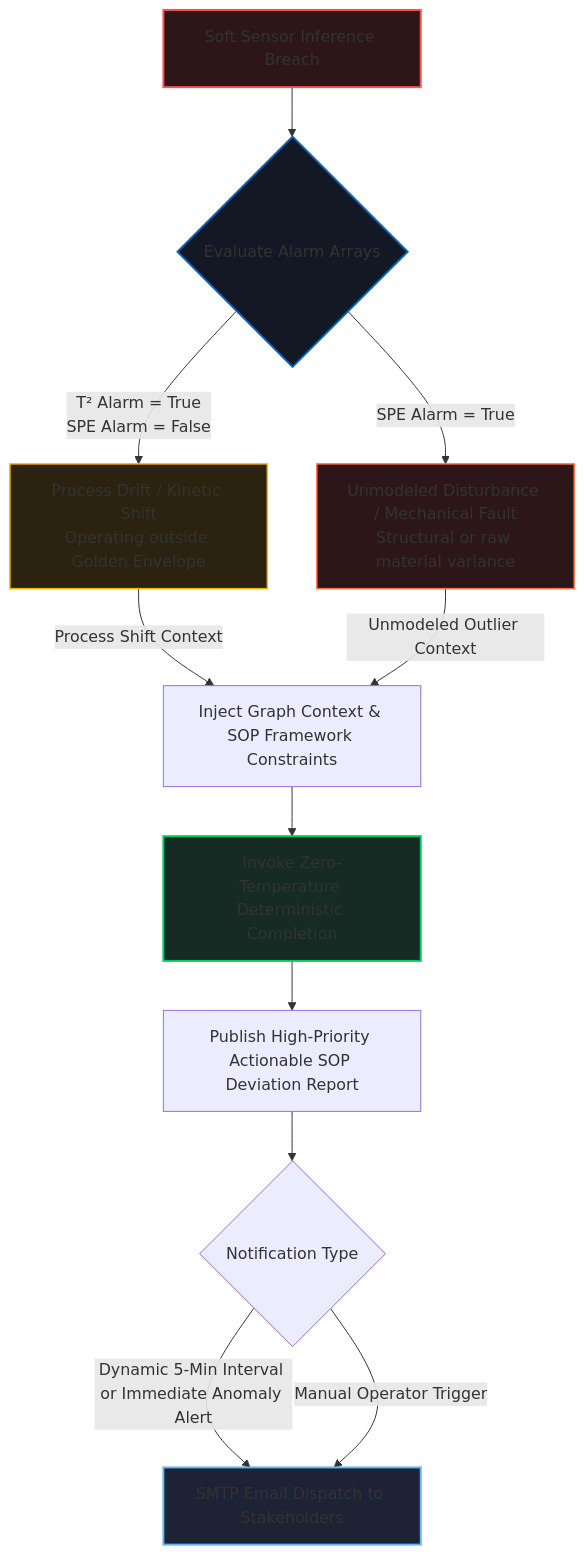
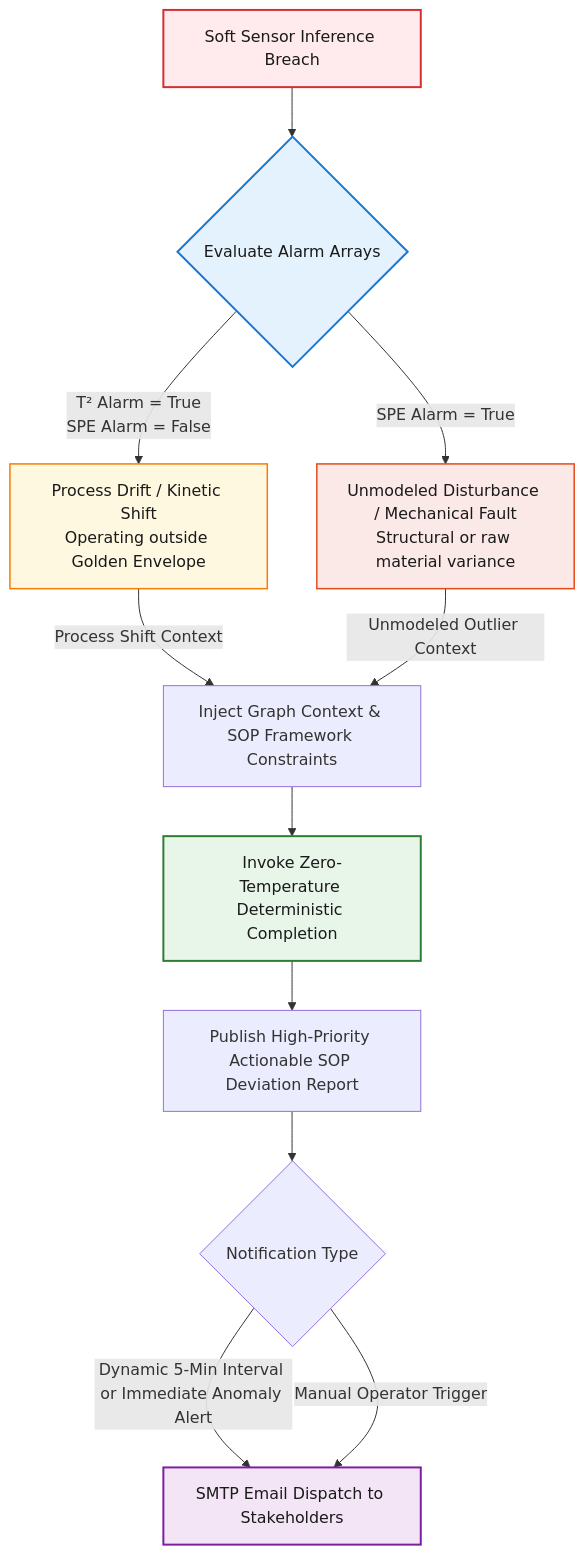
The second of 2 diagrams in README.md (SRINIVASTA/bio-twin-mitt-core), drawn with Mermaid before and after one commit. The commit also changed other lines of this file, not shown here.

````diff
--- a/README.md
+++ b/README.md
@@ -70,24 +70,24 @@
 ```mermaid
 flowchart TD
     Start[Soft Sensor Inference Breach] --> Anomaly_Evaluation{Evaluate Alarm Arrays}
     
     Anomaly_Evaluation -->|T² Alarm = True <br> SPE Alarm = False| Shift[Process Drift / Kinetic Shift<br>Operating outside Golden Envelope]
     Anomaly_Evaluation -->|SPE Alarm = True| Outlier[Unmodeled Disturbance / Mechanical Fault<br>Structural or raw material variance]
     
     Shift -->|Process Shift Context| System_Prompt[Inject Graph Context & SOP Framework Constraints]
     Outlier -->|Unmodeled Outlier Context| System_Prompt
     
     System_Prompt --> Groq_Inference[Invoke Zero-Temperature Deterministic Completion]
     Groq_Inference --> Markdown_Report[Publish High-Priority Actionable SOP Deviation Report]
     Markdown_Report --> Notification_Gateway{Notification Type}
     Notification_Gateway -->|Dynamic 5-Min Interval or Immediate Anomaly Alert| Email[SMTP Email Dispatch to Stakeholders]
     Notification_Gateway -->|Manual Operator Trigger| Email
 
-    %% Matching Dark-Theme Node Styling
-    style Start fill:#2c1618,stroke:#ff5252,stroke-width:2px
-    style Anomaly_Evaluation fill:#141724,stroke:#0066CC,stroke-width:2px
-    style Shift fill:#2b2310,stroke:#ffb300,stroke-width:1.5px
-    style Outlier fill:#2c1618,stroke:#ff7043,stroke-width:1.5px
-    style Groq_Inference fill:#162b23,stroke:#00cc66,stroke-width:2px
-    style Email fill:#1e2235,stroke:#64b5f6,stroke-width:2px
+    %% Clean Light-Friendly Node Styling (No Black Boxes)
+    style Start fill:#ffebee,stroke:#d32f2f,stroke-width:2px,color:#1a1a1a
+    style Anomaly_Evaluation fill:#e3f2fd,stroke:#1976d2,stroke-width:2px,color:#1a1a1a
+    style Shift fill:#fff8e1,stroke:#f57c00,stroke-width:1.5px,color:#1a1a1a
+    style Outlier fill:#fbe9e7,stroke:#e64a19,stroke-width:1.5px,color:#1a1a1a
+    style Groq_Inference fill:#e8f5e9,stroke:#2e7d32,stroke-width:2px,color:#1a1a1a
+    style Email fill:#f3e5f5,stroke:#7b1fa2,stroke-width:2px,color:#1a1a1a
 ```
````
